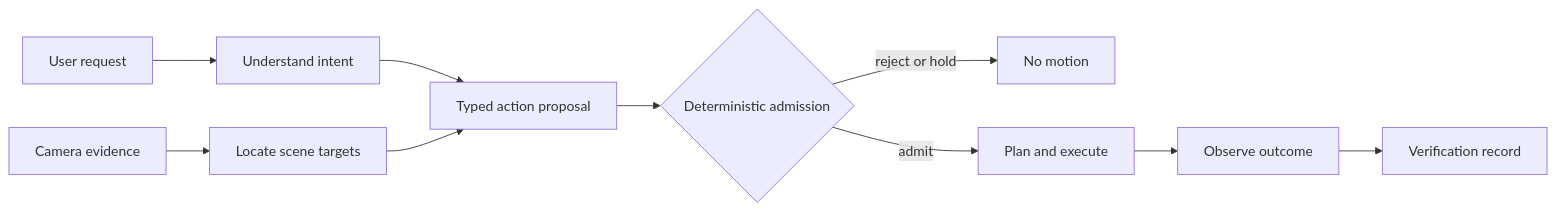
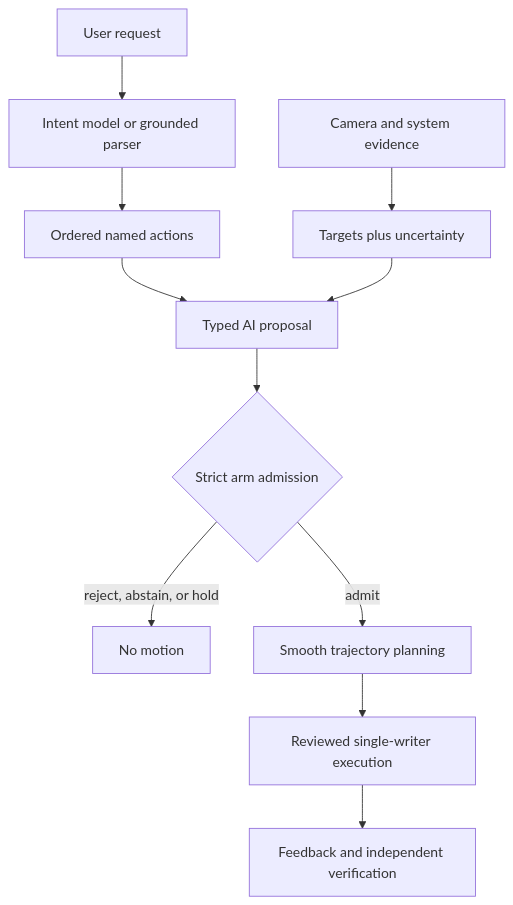
The diagram in README.md (j-webtek/robot-arm-build), drawn with Mermaid before and after one commit. The commit also changed other lines of this file, not shown here.

````diff
--- a/README.md
+++ b/README.md
@@ -43,12 +110,13 @@
 ```mermaid
-flowchart LR
-    A[User request] --> B[Understand intent]
-    C[Camera evidence] --> D[Locate scene targets]
-    B --> E[Typed action proposal]
-    D --> E
-    E --> F{Deterministic admission}
-    F -->|reject or hold| G[No motion]
-    F -->|admit| H[Plan and execute]
-    H --> I[Observe outcome]
-    I --> J[Verification record]
+flowchart TD
+    A[User request] --> B[Intent model or grounded parser]
+    B --> C[Ordered named actions]
+    D[Camera and system evidence] --> E[Targets plus uncertainty]
+    C --> F[Typed AI proposal]
+    E --> F
+    F --> G{Strict arm admission}
+    G -->|reject, abstain, or hold| H[No motion]
+    G -->|admit| I[Smooth trajectory planning]
+    I --> J[Reviewed single-writer execution]
+    J --> K[Feedback and independent verification]
 ```
````
